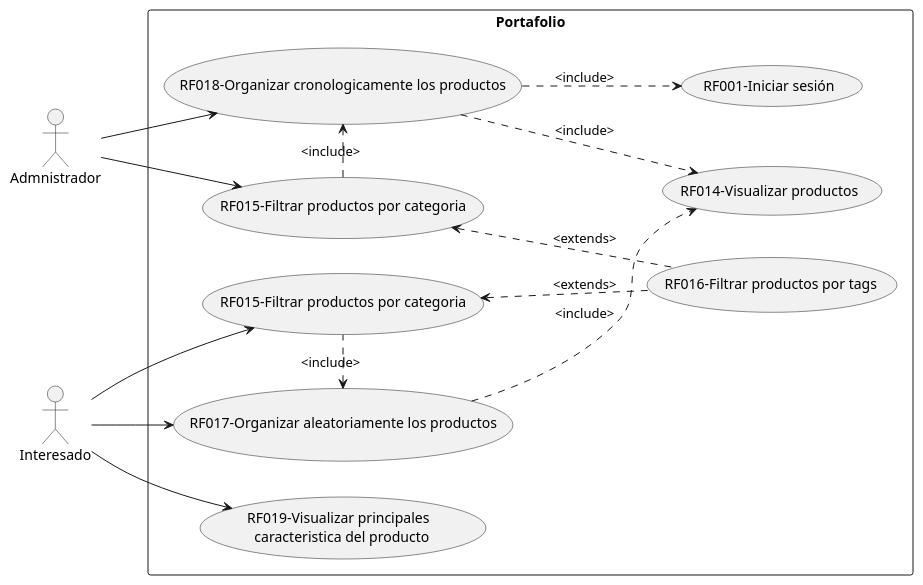
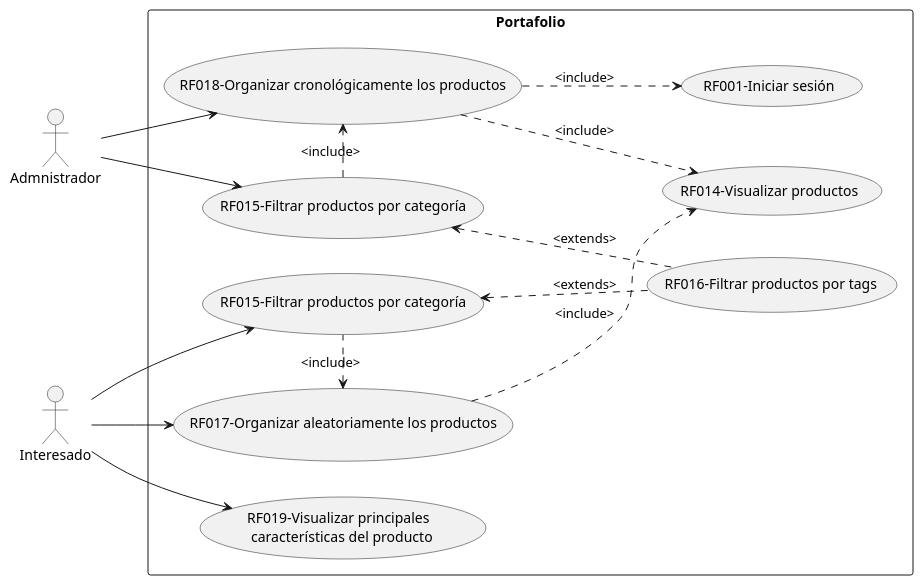
Before and after one commit to Los-Waza/MetalK_Documentation: the diagram in CasosDeUso/metalK_cdu_portafolio.puml, drawn with PlantUML. The commit also changed 5 other files, not shown here.

```diff
--- a/CasosDeUso/metalK_cdu_portafolio.puml
+++ b/CasosDeUso/metalK_cdu_portafolio.puml
@@ -1,34 +1,34 @@
 @startuml MetalK_UseCase_Portfolio
     left to right direction
 
     actor Admnistrador as a
     actor Interesado as i
 
 
     rectangle Portafolio{
         usecase "RF001-Iniciar sesión" as RF001
         usecase "RF014-Visualizar productos" as RF014
-        usecase "RF015-Filtrar productos por categoria" as RF015a
-        usecase "RF015-Filtrar productos por categoria" as RF015i
+        usecase "RF015-Filtrar productos por categoría" as RF015a
+        usecase "RF015-Filtrar productos por categoría" as RF015i
         usecase "RF016-Filtrar productos por tags" as RF016
         usecase "RF017-Organizar aleatoriamente los productos" as RF017
-        usecase "RF018-Organizar cronologicamente los productos" as RF018
-        usecase "RF019-Visualizar principales \n caracteristica del producto" as RF019
+        usecase "RF018-Organizar cronológicamente los productos" as RF018
+        usecase "RF019-Visualizar principales \n características del producto" as RF019
     }   
 
     a -down-> RF018
     a -down-> RF015a
 
     i -down-> RF017
     i -down-> RF015i
     i -down-> RF019
 
     RF018 .down.> RF014:<include>
     RF017 .down.> RF014:<include>
     RF015i <.down. RF016:<extends>
     RF015a <.down. RF016:<extends>
     RF015i .left.> RF017:<include>
     RF015a .right.> RF018:<include>
 
     RF018 .down.> RF001:<include>
 @enduml
```
